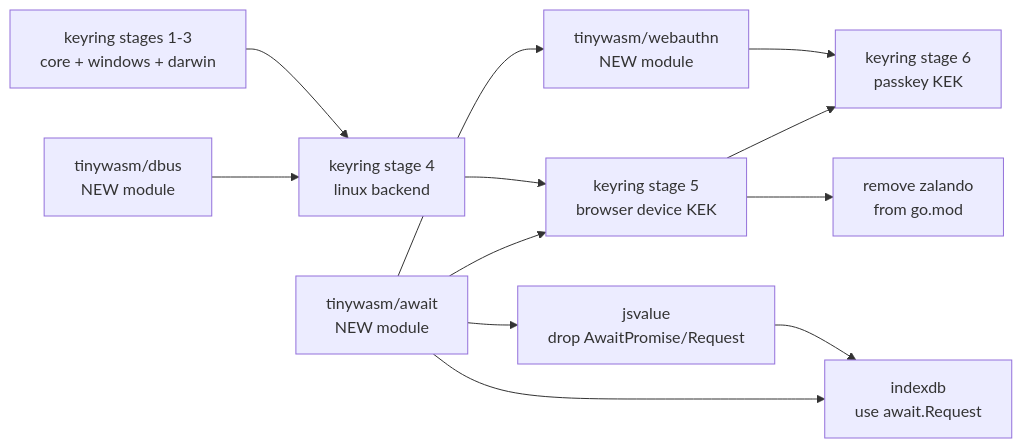
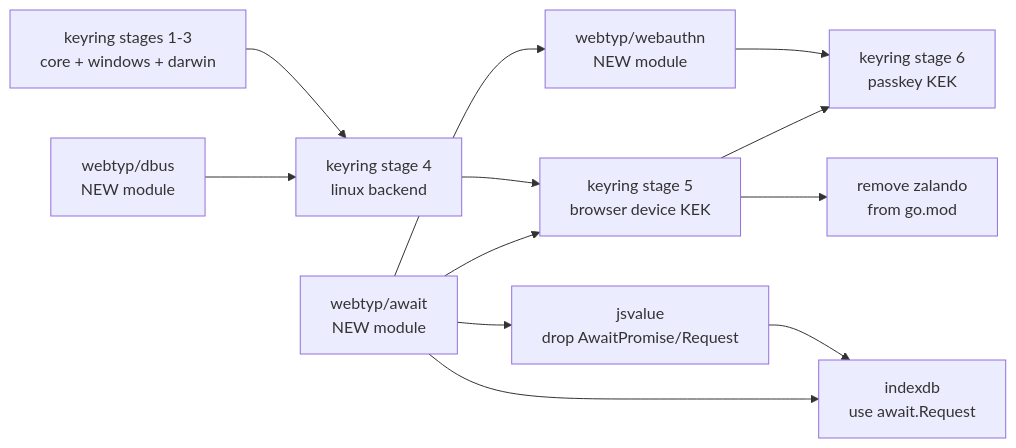
One commit to webtyp/docs changed the diagram in KEYRING_DEPENDENCY_FREE_MASTER_PLAN.md. Above: the diagram before and after it, drawn with Mermaid. The commit also changed other lines of this file and 7 other files, not shown here.

````diff
--- a/KEYRING_DEPENDENCY_FREE_MASTER_PLAN.md
+++ b/KEYRING_DEPENDENCY_FREE_MASTER_PLAN.md
@@ -139,15 +139,15 @@
 ```mermaid
 flowchart LR
-    AW["tinywasm/await<br/>NEW module"] --> K5["keyring stage 5<br/>browser device KEK"]
-    AW --> W["tinywasm/webauthn<br/>NEW module"]
+    AW["webtyp/await<br/>NEW module"] --> K5["keyring stage 5<br/>browser device KEK"]
+    AW --> W["webtyp/webauthn<br/>NEW module"]
     AW --> JV["jsvalue<br/>drop AwaitPromise/Request"]
     AW --> IDB["indexdb<br/>use await.Request"]
     JV --> IDB
 
-    A["tinywasm/dbus<br/>NEW module"] --> K4["keyring stage 4<br/>linux backend"]
+    A["webtyp/dbus<br/>NEW module"] --> K4["keyring stage 4<br/>linux backend"]
     K123["keyring stages 1-3<br/>core + windows + darwin"] --> K4
     K4 --> K5
     K5 --> K6["keyring stage 6<br/>passkey KEK"]
     W --> K6
     K5 --> R["remove zalando<br/>from go.mod"]
 ```
````
